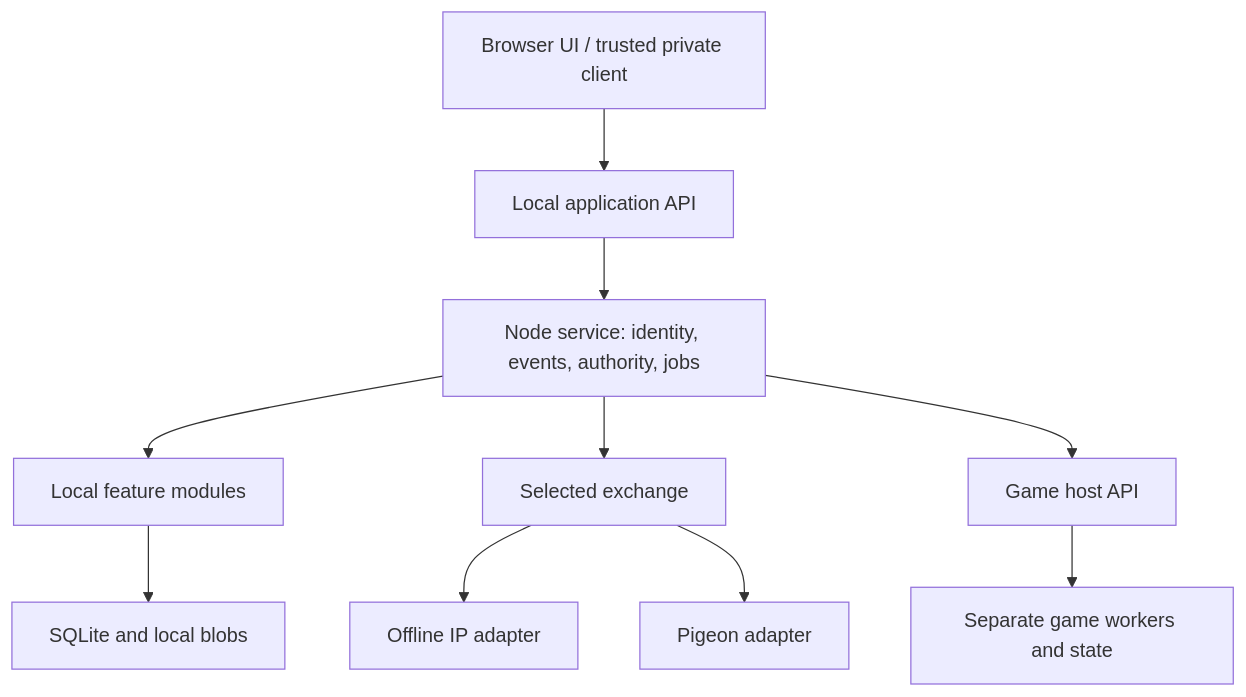
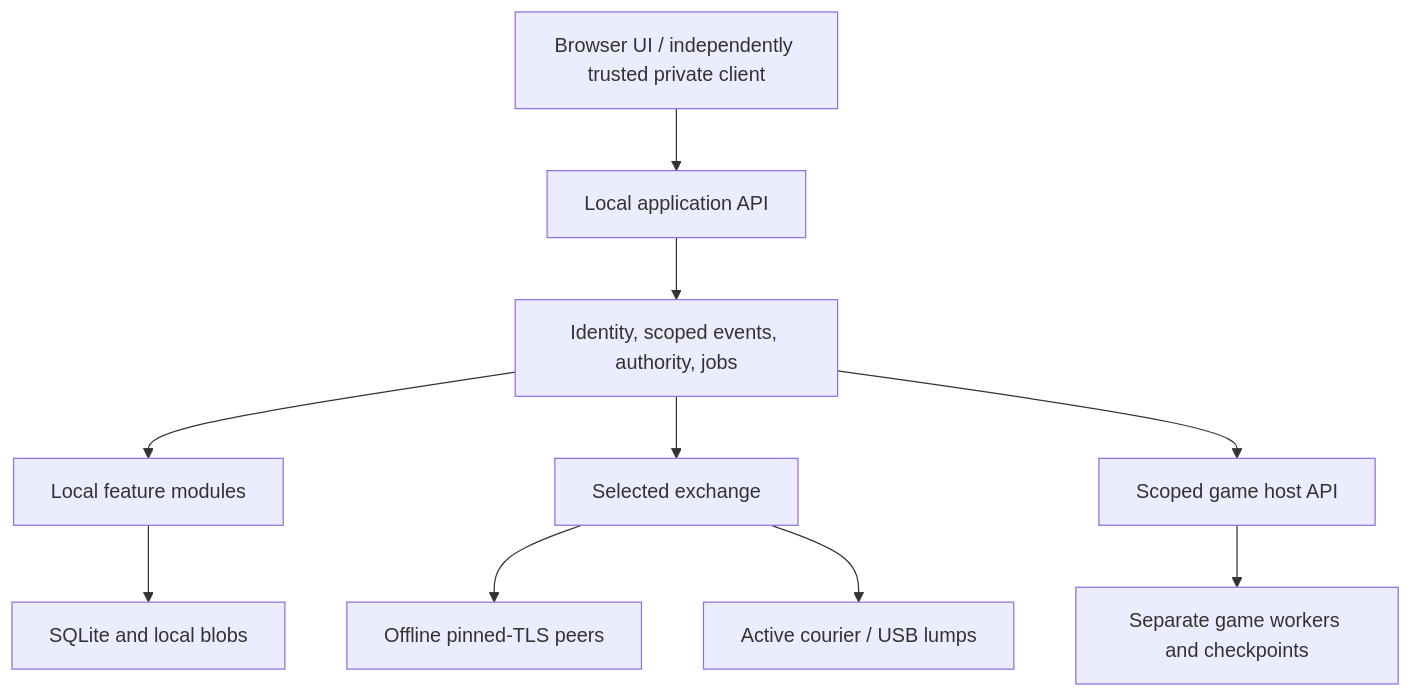
One commit to tellesus/BBSBOX changed the diagram in BBSBOX_TECHNICAL_PROPOSAL.md. Above: the diagram before and after it, drawn with Mermaid. The commit also changed other lines of this file and 53 other files, not shown here.

First line of the commit message:
Lock reviewed BBSBOX roadmap v1.0.0 and approved Tier 1 scope

````diff
--- a/BBSBOX_TECHNICAL_PROPOSAL.md
+++ b/BBSBOX_TECHNICAL_PROPOSAL.md
@@ -40,12 +17,12 @@
 ```mermaid
 flowchart TD
-    UI[Browser UI / trusted private client] --> API[Local application API]
-    API --> Core[Node service: identity, events, authority, jobs]
+    UI[Browser UI / independently trusted private client] --> API[Local application API]
+    API --> Core[Identity, scoped events, authority, jobs]
     Core --> Features[Local feature modules]
     Features --> Store[SQLite and local blobs]
-    Core --> Exchange[Selected exchange]
-    Exchange --> IP[Offline IP adapter]
-    Exchange --> Pigeon[Pigeon adapter]
-    Core --> Games[Game host API]
-    Games --> Workers[Separate game workers and state]
+    Core --> Sync[Selected exchange]
+    Sync --> IP[Offline pinned-TLS peers]
+    Sync --> Pigeon[Active courier / USB lumps]
+    Core --> GameAPI[Scoped game host API]
+    GameAPI --> Workers[Separate game workers and checkpoints]
 ```
````
